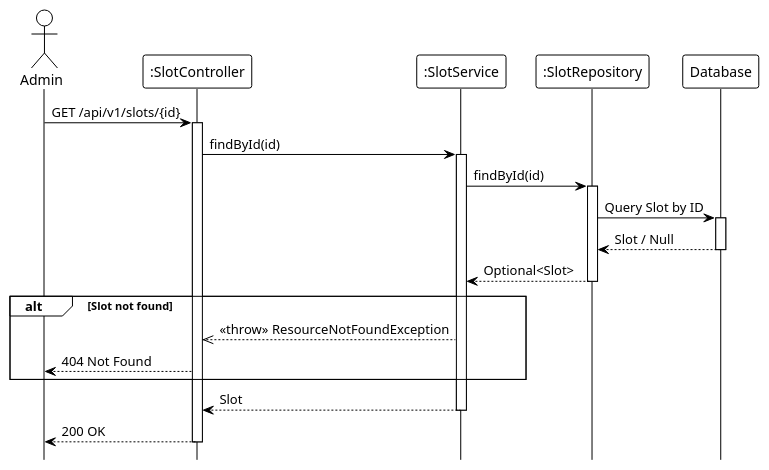
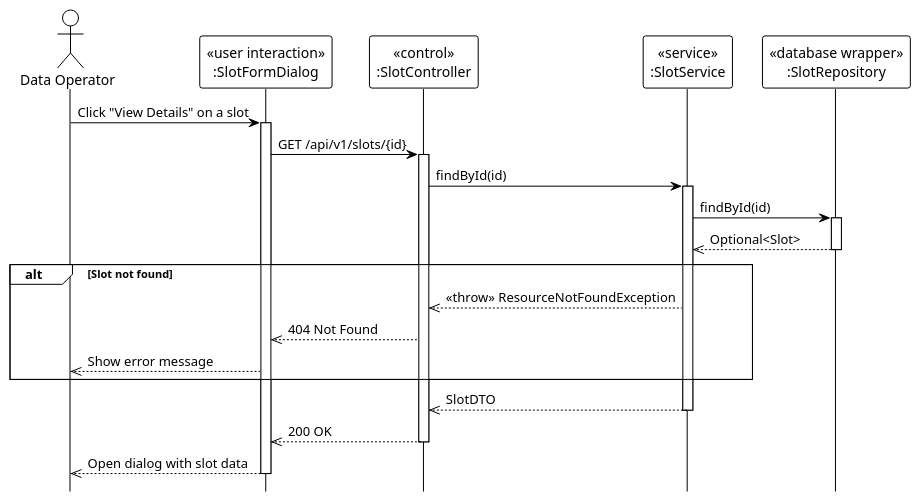
The diagram in system_detailed_design/34_view_slot_details/sequence_diagram_view_slot_details.puml (Ndh474/context), drawn with PlantUML before and after one commit. The commit also changed 12 other files, not shown here.

Commit message:
docs: Add detailed design sequence diagrams for slot, class, and subject management operations.

```diff
--- a/system_detailed_design/34_view_slot_details/sequence_diagram_view_slot_details.puml
+++ b/system_detailed_design/34_view_slot_details/sequence_diagram_view_slot_details.puml
@@ -1,40 +1,42 @@
 @startuml view_slot_details
 !theme plain
 hide footbox
 
-actor Admin
-participant ":SlotController" as Controller
-participant ":SlotService" as Service
-participant ":SlotRepository" as Repository
-participant "Database" as DB
+actor "Data Operator" as DataOperator
 
-' --- MAIN FLOW ---
-Admin -> Controller: GET /api/v1/slots/{id}
+participant "«user interaction»\n:SlotFormDialog" as UI
+participant "«control»\n:SlotController" as Controller
+participant "«service»\n:SlotService" as Service
+participant "«database wrapper»\n:SlotRepository" as Repository
+
+' === MAIN FLOW ===
+DataOperator -> UI: Click "View Details" on a slot
+activate UI
+
+UI -> Controller: GET /api/v1/slots/{id}
 activate Controller
 
 Controller -> Service: findById(id)
 activate Service
 
 Service -> Repository: findById(id)
 activate Repository
-
-Repository -> DB: Query Slot by ID
-activate DB
-DB --> Repository: Slot / Null
-deactivate DB
-
-Repository --> Service: Optional<Slot>
+Repository -->> Service: Optional<Slot>
 deactivate Repository
 
 alt Slot not found
     Service -->> Controller: <<throw>> ResourceNotFoundException
-    Controller --> Admin: 404 Not Found
+    Controller -->> UI: 404 Not Found
+    UI -->> DataOperator: Show error message
 end
 
-Service --> Controller: Slot
+Service -->> Controller: SlotDTO
 deactivate Service
 
-Controller --> Admin: 200 OK
+Controller -->> UI: 200 OK
 deactivate Controller
 
+UI -->> DataOperator: Open dialog with slot data
+deactivate UI
+
 @enduml
```
